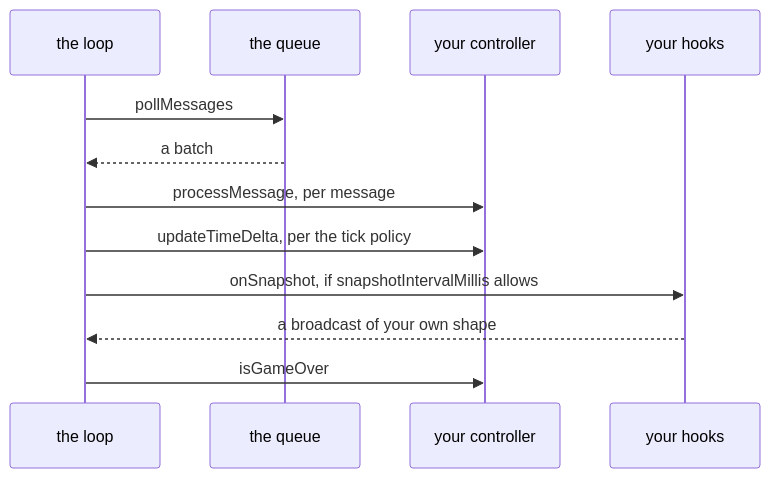
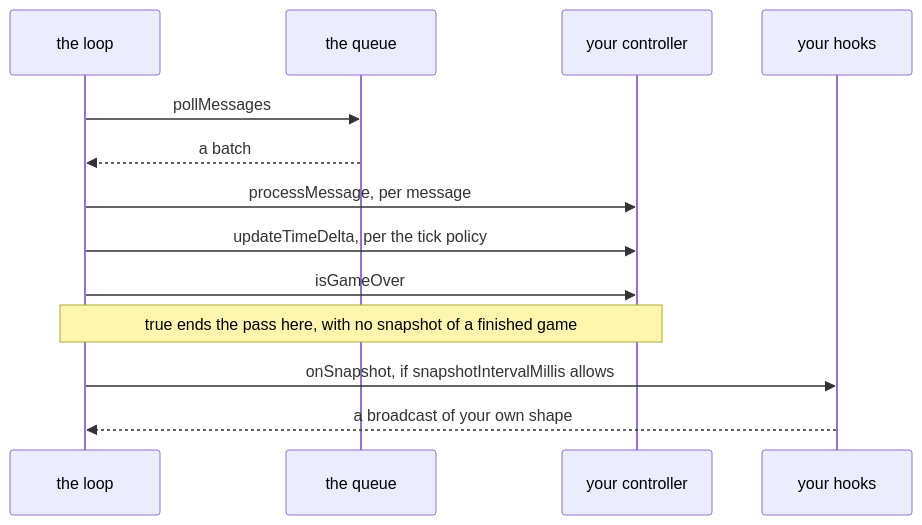
Before and after one commit to yingyeothon/tslib: the diagram in packages/gamebase-all-together/README.md, drawn with Mermaid. The commit also changed 27 other files, not shown here.

````diff
--- a/packages/gamebase-all-together/README.md
+++ b/packages/gamebase-all-together/README.md
@@ -11,14 +11,15 @@
 ```mermaid
 sequenceDiagram
   participant L as the loop
   participant Q as the queue
   participant C as your controller
   participant H as your hooks
   L->>Q: pollMessages
   Q-->>L: a batch
   L->>C: processMessage, per message
   L->>C: updateTimeDelta, per the tick policy
+  L->>C: isGameOver
+  Note over L,C: true ends the pass here, with no snapshot of a finished game
   L->>H: onSnapshot, if snapshotIntervalMillis allows
   H-->>L: a broadcast of your own shape
-  L->>C: isGameOver
 ```
````
